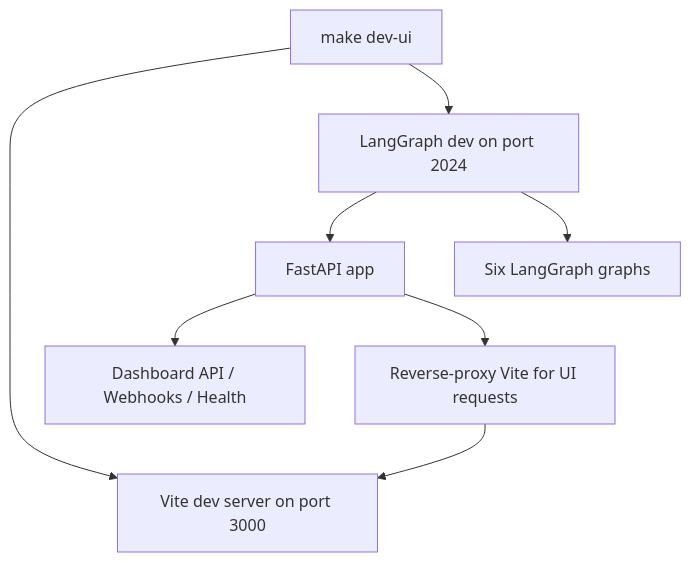
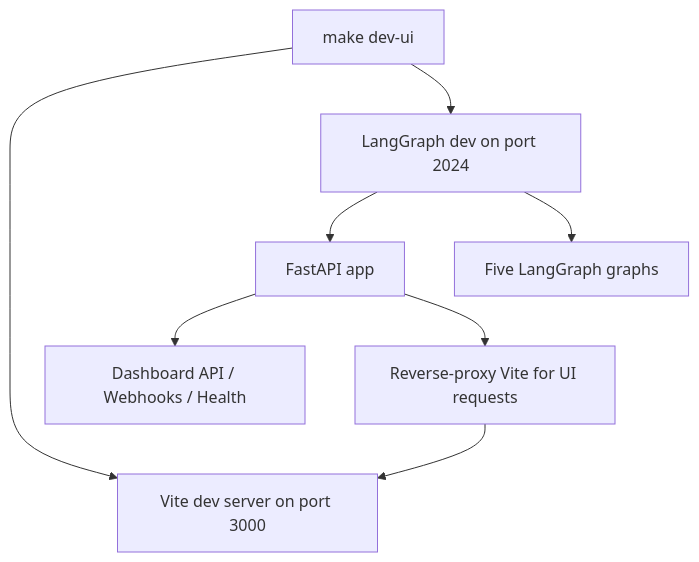
The second of 3 diagrams in openwiki/operations/deployment.md (aeteq/open-swe), drawn with Mermaid before and after one commit. The commit also changed other lines of this file and 46 other files, not shown here.

````diff
--- a/openwiki/operations/deployment.md
+++ b/openwiki/operations/deployment.md
@@ -152,18 +155,18 @@
 ```mermaid
 flowchart TD
   DevUI["make dev-ui"]
   Vite["Vite dev server on port 3000"]
   LG["LangGraph dev on port 2024"]
   FastAPI["FastAPI app"]
-  Graphs["Six LangGraph graphs"]
+  Graphs["Five LangGraph graphs"]
   Routes["Dashboard API / Webhooks / Health"]
   Proxy["Reverse-proxy Vite for UI requests"]
 
   DevUI --> Vite
   DevUI --> LG
   LG --> FastAPI
   LG --> Graphs
   FastAPI --> Routes
   FastAPI --> Proxy
   Proxy --> Vite
 ```
````
